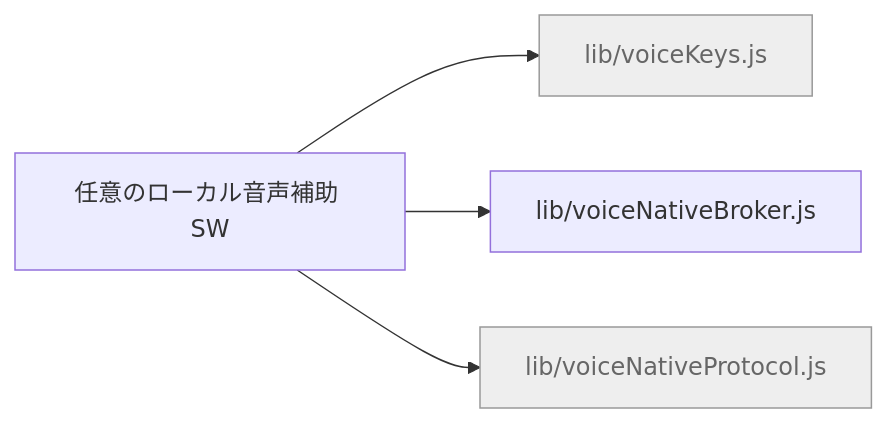
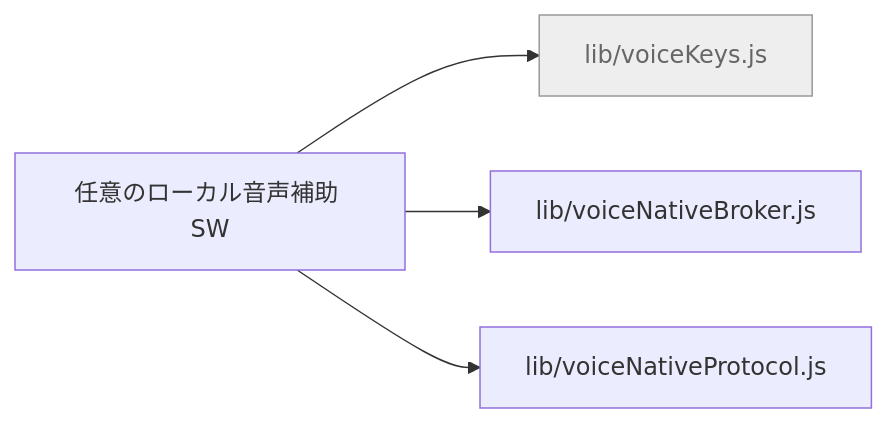
Before and after one commit to kimito-link/tsuioku-no-kirameki.com: the diagram in docs/feature-map/native-voice-sw.md, drawn with Mermaid. The commit also changed 33 other files, not shown here.

First line of the commit message:
chore(voice): 補助アプリ(Native Messaging)連携を拡張から外す (0.1.2136)

````diff
--- a/docs/feature-map/native-voice-sw.md
+++ b/docs/feature-map/native-voice-sw.md
@@ -13,8 +13,8 @@
 ```mermaid
 graph LR
   n_native_voice_sw["任意のローカル音声補助 SW"]
   n_native_voice_sw --> n_src_lib_voiceKeys_js["lib/voiceKeys.js"]:::shared
   n_native_voice_sw --> n_src_lib_voiceNativeBroker_js["lib/voiceNativeBroker.js"]
-  n_native_voice_sw --> n_src_lib_voiceNativeProtocol_js["lib/voiceNativeProtocol.js"]:::shared
+  n_native_voice_sw --> n_src_lib_voiceNativeProtocol_js["lib/voiceNativeProtocol.js"]
   classDef shared fill:#eee,stroke:#999,color:#666;
 ```
````
